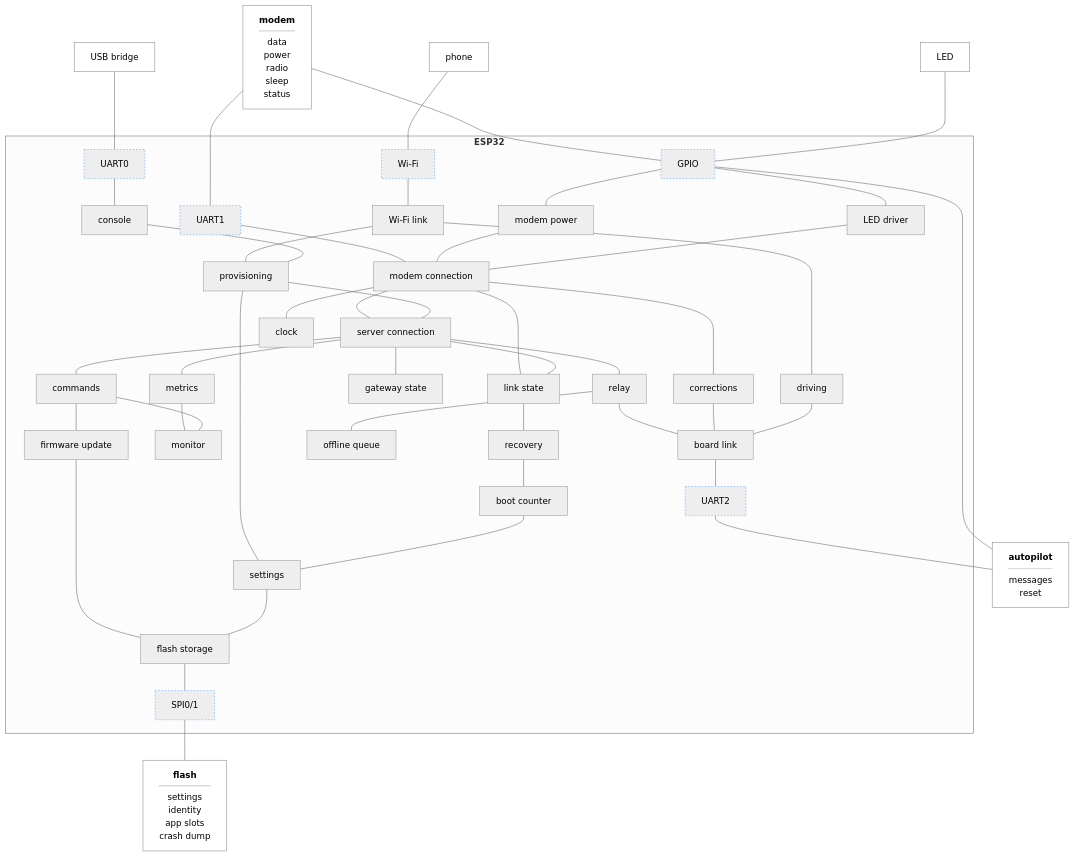
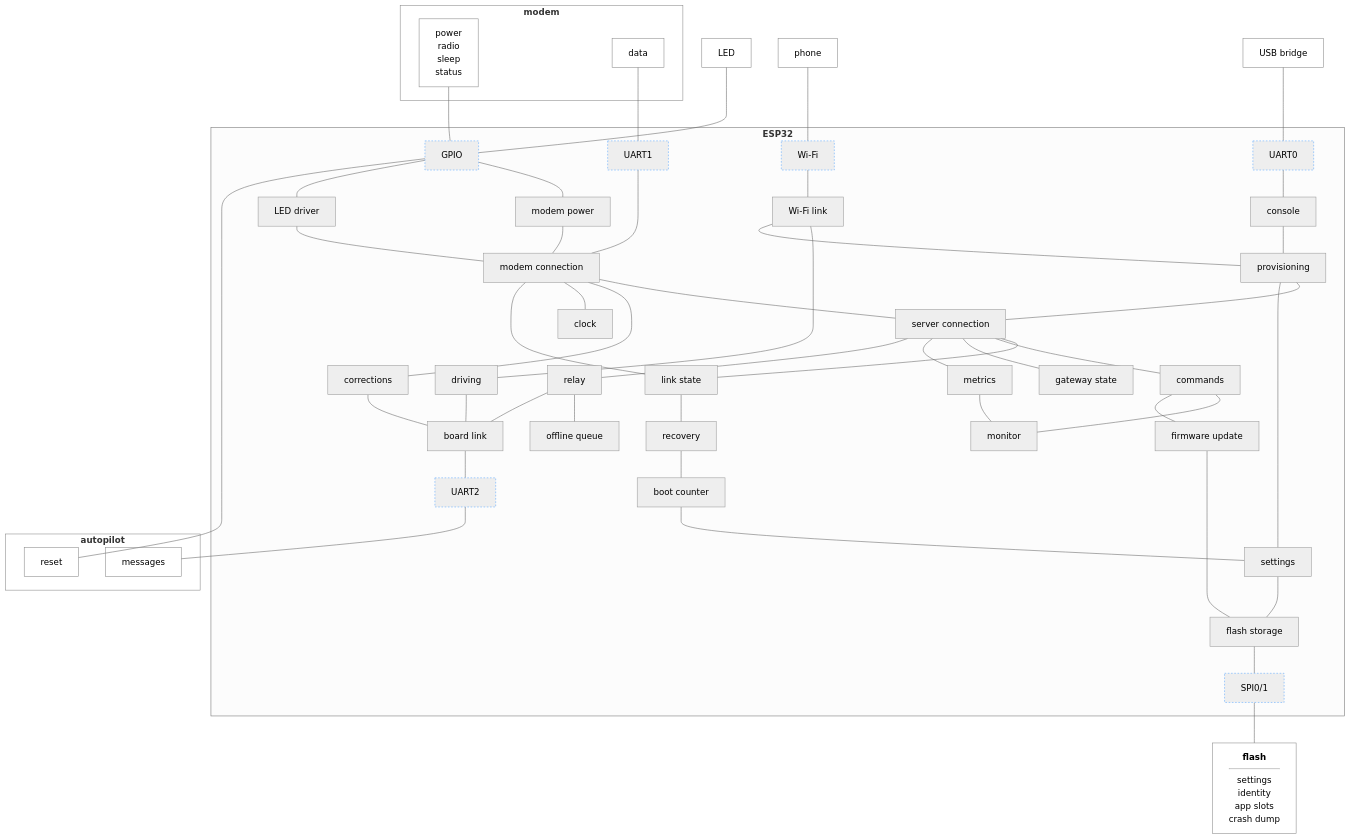
One commit to rmx-lt/rmx-mower-gateway changed the diagram in .esp-architecture/diagrams/block-draft.md. Above: the diagram before and after it, drawn with Mermaid (neutral theme). The commit also changed other lines of this file, not shown here.

Commit message:
Draft: device parts grouped by bus

````diff
--- a/.esp-architecture/diagrams/block-draft.md
+++ b/.esp-architecture/diagrams/block-draft.md
@@ -5,6 +5,9 @@
 ```mermaid
 flowchart TD
-  modem["<b>modem</b><hr/>data<br/>power<br/>radio<br/>sleep<br/>status"]
+  subgraph modem["<b>modem</b>"]
+    mctl["power<br/>radio<br/>sleep<br/>status"]
+    mdata["data"]
+  end
   led["LED"]
   ph["phone"]
   usb["USB bridge"]
@@ -39,10 +42,13 @@
     u2["UART2"]
     sp["SPI0/1"]
   end
-  ap["<b>autopilot</b><hr/>messages<br/>reset"]
+  subgraph ap["<b>autopilot</b>"]
+    areset["reset"]
+    amsg["messages"]
+  end
   fl["<b>flash</b><hr/>settings<br/>identity<br/>app slots<br/>crash dump"]
-  modem --- u1 --- conn
-  modem --- gp
+  mdata --- u1 --- conn
+  mctl --- gp
   led --- gp
   gp --- pwr --- conn
   gp --- ledd --- conn
@@ -75,10 +81,10 @@
   upd --- fs
   set --- fs
   fs --- sp --- fl
-  bl --- u2 --- ap
-  gp --- ap
+  bl --- u2 --- amsg
+  gp --- areset
   classDef bus stroke:#58a6ff,stroke-dasharray:3 3
   class u1,gp,u2,wf,u0,sp bus
   classDef device fill:none,stroke:#888
-  class modem,led,ap,ph,usb,fl device
+  class modem,mdata,mctl,led,ap,amsg,areset,ph,usb,fl device
 ```
````
